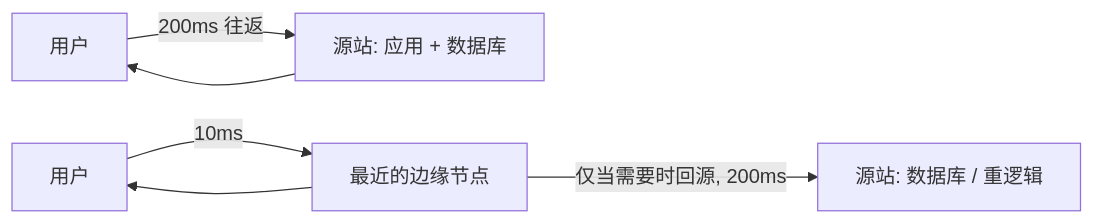
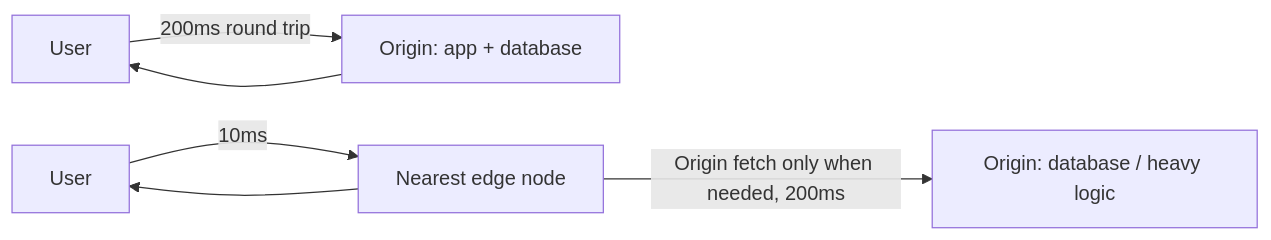
One commit to HONGLEI111/hhlblog-global changed the diagram in src/content/posts/edge-computing-for-web-applications.md. Above: the diagram before and after it, drawn with Mermaid. The commit also changed 33 other files, not shown here.

First line of the commit message:
content(code): 翻译 mermaid 图节点标签（34 文件 / 267 处）

````diff
--- a/src/content/posts/edge-computing-for-web-applications.md
+++ b/src/content/posts/edge-computing-for-web-applications.md
@@ -29,9 +29,9 @@
 ```mermaid
 flowchart LR
-  U[用户] -->|200ms 往返| O[源站: 应用 + 数据库]
+  U[User] -->|200ms round trip| O[Origin: app + database]
   O --> U
 
-  U2[用户] -->|10ms| P[最近的边缘节点]
-  P -->|仅当需要时回源, 200ms| O2[源站: 数据库 / 重逻辑]
+  U2[User] -->|10ms| P[Nearest edge node]
+  P -->|Origin fetch only when needed, 200ms| O2[Origin: database / heavy logic]
   P --> U2
 ```
````
